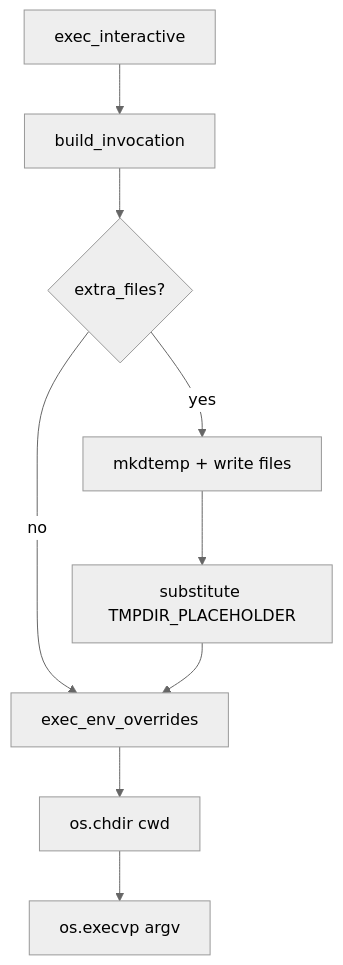
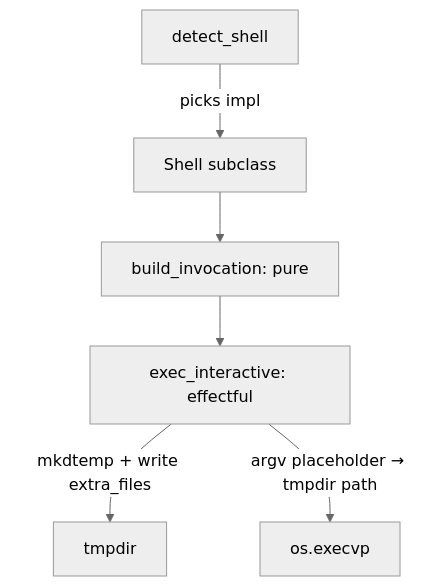
One commit to chris-husse/oh-my-clanker changed the diagram in tests/e2e/artifacts/omc-wiki/shell-integration.md. Above: the diagram before and after it, drawn with Mermaid (neutral theme). The commit also changed other lines of this file and 138 other files, not shown here.

````diff
--- a/tests/e2e/artifacts/omc-wiki/shell-integration.md
+++ b/tests/e2e/artifacts/omc-wiki/shell-integration.md
@@ -30,11 +16,8 @@
 ```mermaid
 graph TD
-    A[exec_interactive] --> B[build_invocation]
-    B --> C{extra_files?}
-    C -->|yes| D[mkdtemp + write files]
-    D --> E[substitute TMPDIR_PLACEHOLDER]
-    C -->|no| F[exec_env_overrides]
-    E --> F
-    F --> G[os.chdir cwd]
-    G --> H[os.execvp argv]
+    A[detect_shell] -->|picks impl| B[Shell subclass]
+    B --> C[build_invocation: pure]
+    C --> D[exec_interactive: effectful]
+    D -->|mkdtemp + write extra_files| E[tmpdir]
+    D -->|argv placeholder → tmpdir path| F[os.execvp]
 ```
````
